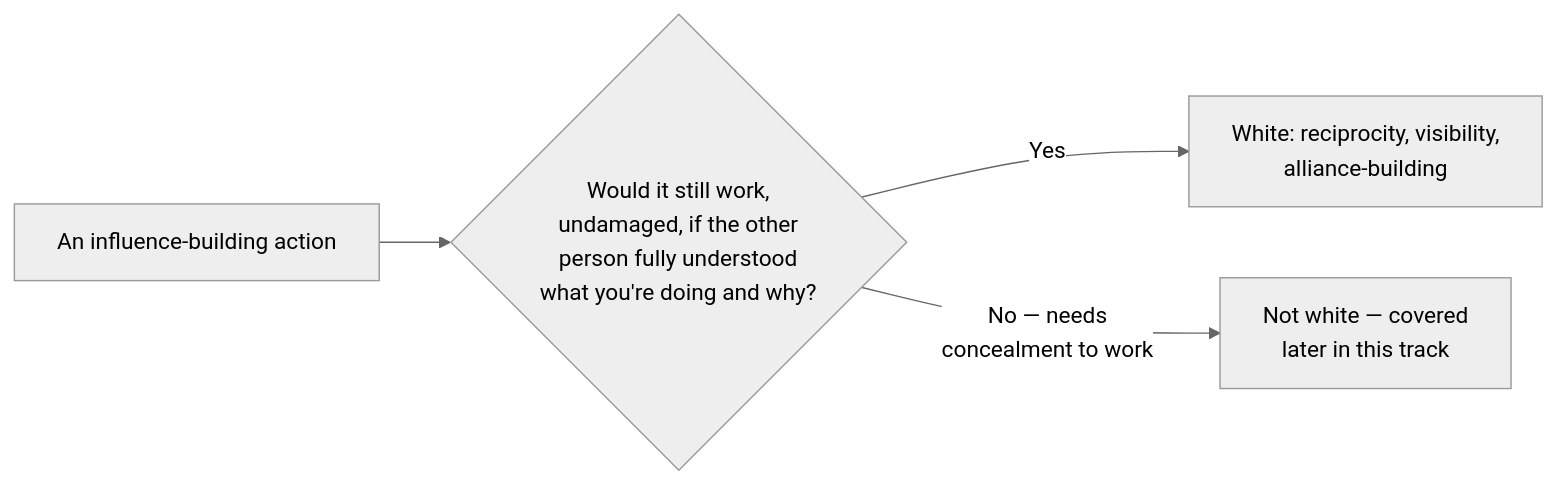
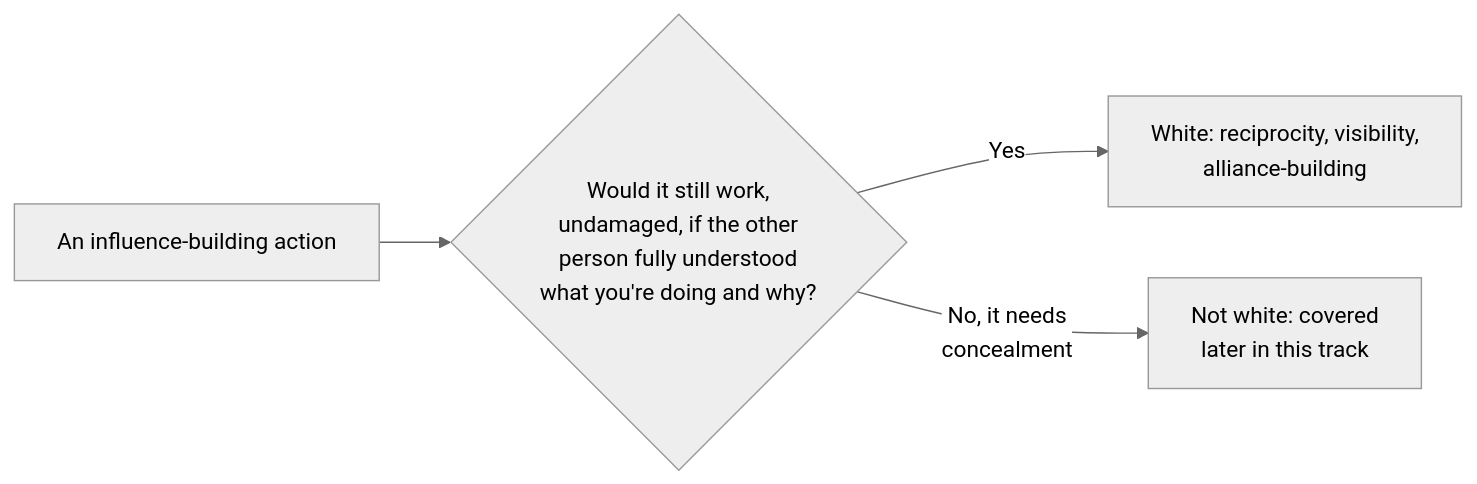
One commit to francoandreDev/knowledge changed the diagram in src/content/corporate-politics/white/L1-summary.mdx. Above: the diagram before and after it, drawn with Mermaid (neutral theme). The commit also changed other lines of this file and 3 other files, not shown here.

````diff
--- a/src/content/corporate-politics/white/L1-summary.mdx
+++ b/src/content/corporate-politics/white/L1-summary.mdx
@@ -75,6 +72,6 @@
 ```mermaid
 flowchart LR
     Action["An influence-building action"] --> Test{"Would it still work,\nundamaged, if the other\nperson fully understood\nwhat you're doing and why?"}
     Test -- "Yes" --> White["White: reciprocity, visibility,\nalliance-building"]
-    Test -- "No — needs\nconcealment to work" --> NotWhite["Not white — covered\nlater in this track"]
+    Test -- "No, it needs\nconcealment" --> NotWhite["Not white: covered\nlater in this track"]
 ```
````
